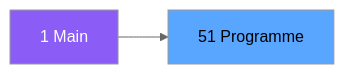
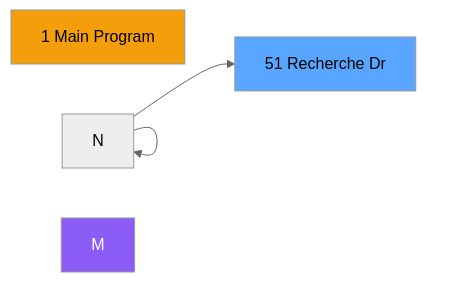
Before and after one commit to thonyAGP/magic-migration: the second of 3 diagrams in .openspec/specs/ADH-IDE-51.md, drawn with Mermaid (neutral theme). The commit also changed other lines of this file and 323 other files, not shown here.

````diff
--- a/.openspec/specs/ADH-IDE-51.md
+++ b/.openspec/specs/ADH-IDE-51.md
@@ -98,8 +107,11 @@
 ```mermaid
 graph LR
-    M[1 Main]
-    T[51 Programme]
-    M --> T
+    N1[1 Main Program]
+    T[51 Recherche Dr]
+    N --> N
+    N --> N
+    N --> T
     style M fill:#8b5cf6,color:#fff
+    style N1 fill:#f59e0b
     style T fill:#58a6ff,color:#000
 ```
````
